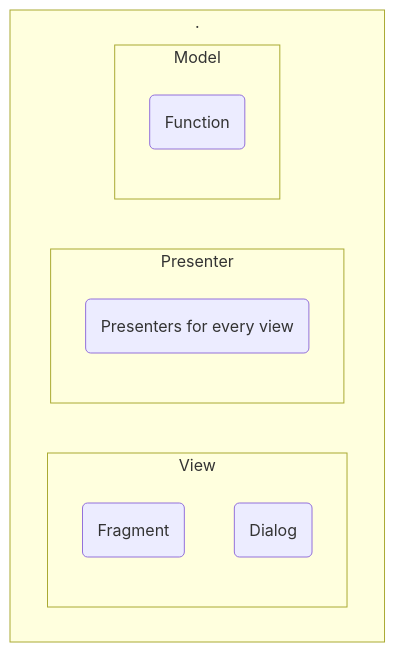
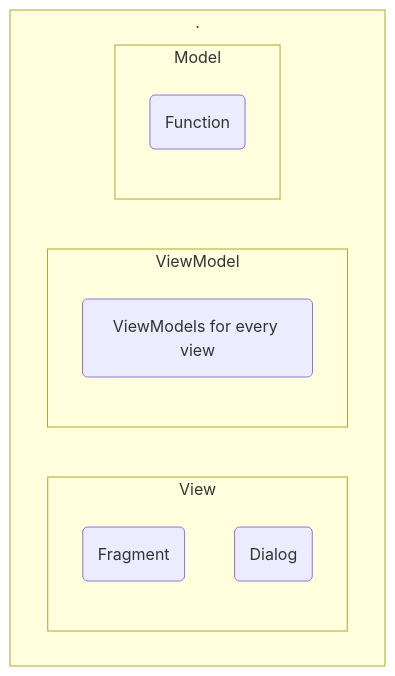
One commit to AbyssWXK/ObsidianNote changed the fourth of 15 diagrams in First/BTSystemSettingUML/1.total/系统结构.md. Above: the diagram before and after it, drawn with Mermaid. The commit also changed other lines of this file, not shown here.

````diff
--- a/First/BTSystemSettingUML/1.total/系统结构.md
+++ b/First/BTSystemSettingUML/1.total/系统结构.md
@@ -43,19 +43,19 @@
 ```mermaid
 graph 
 
 subgraph .
 subgraph View
     Fragment(Fragment)
     Dialog(Dialog)
 end
-subgraph Presenter
-    Presenters(Presenters for every view)
+subgraph ViewModel
+    ViewModels(ViewModels for every view)
 end
 subgraph Model
     Models(Function)
     end
 
 
 end
 
 ```
````
